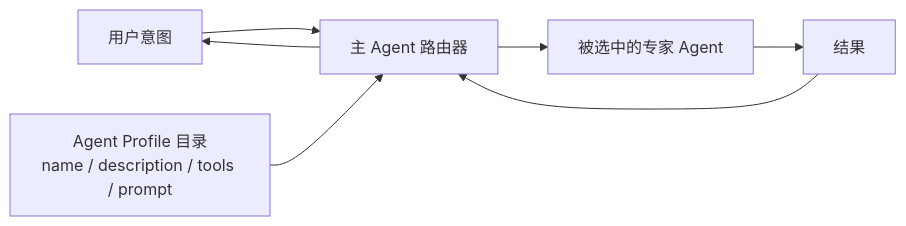
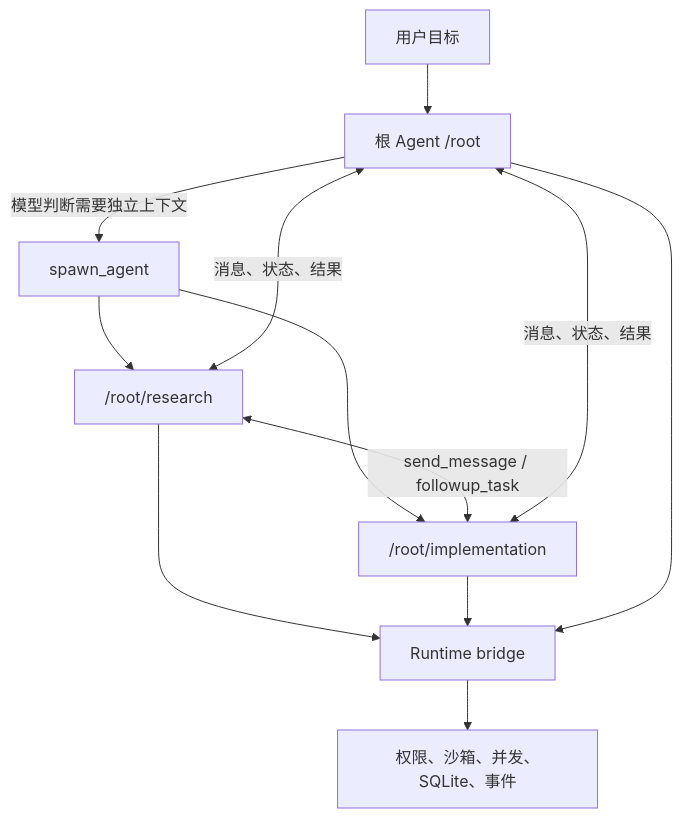
The first of 4 diagrams in docs/multi-agent-architecture-analysis.md (StagoMax/OpenTopia), drawn with Mermaid before and after one commit. The commit also changed other lines of this file and 23 other files, not shown here.

Commit message:
feat: expand multi-agent runtime and context layering

````diff
--- a/docs/multi-agent-architecture-analysis.md
+++ b/docs/multi-agent-architecture-analysis.md
@@ -104,9 +25,14 @@
 ```mermaid
-flowchart LR
-    U["用户意图"] --> R["主 Agent 路由器"]
-    D["Agent Profile 目录\nname / description / tools / prompt"] --> R
-    R --> S["被选中的专家 Agent"]
-    S --> O["结果"]
-    O --> R
-    R --> U
+flowchart TD
+    U["用户目标"] --> R["根 Agent /root"]
+    R -->|"模型判断需要独立上下文"| S["spawn_agent"]
+    S --> A["/root/research"]
+    S --> B["/root/implementation"]
+    A <-->|"send_message / followup_task"| B
+    R <-->|"消息、状态、结果"| A
+    R <-->|"消息、状态、结果"| B
+    A --> H["Runtime bridge"]
+    B --> H
+    R --> H
+    H --> P["权限、沙箱、并发、SQLite、事件"]
 ```
````
